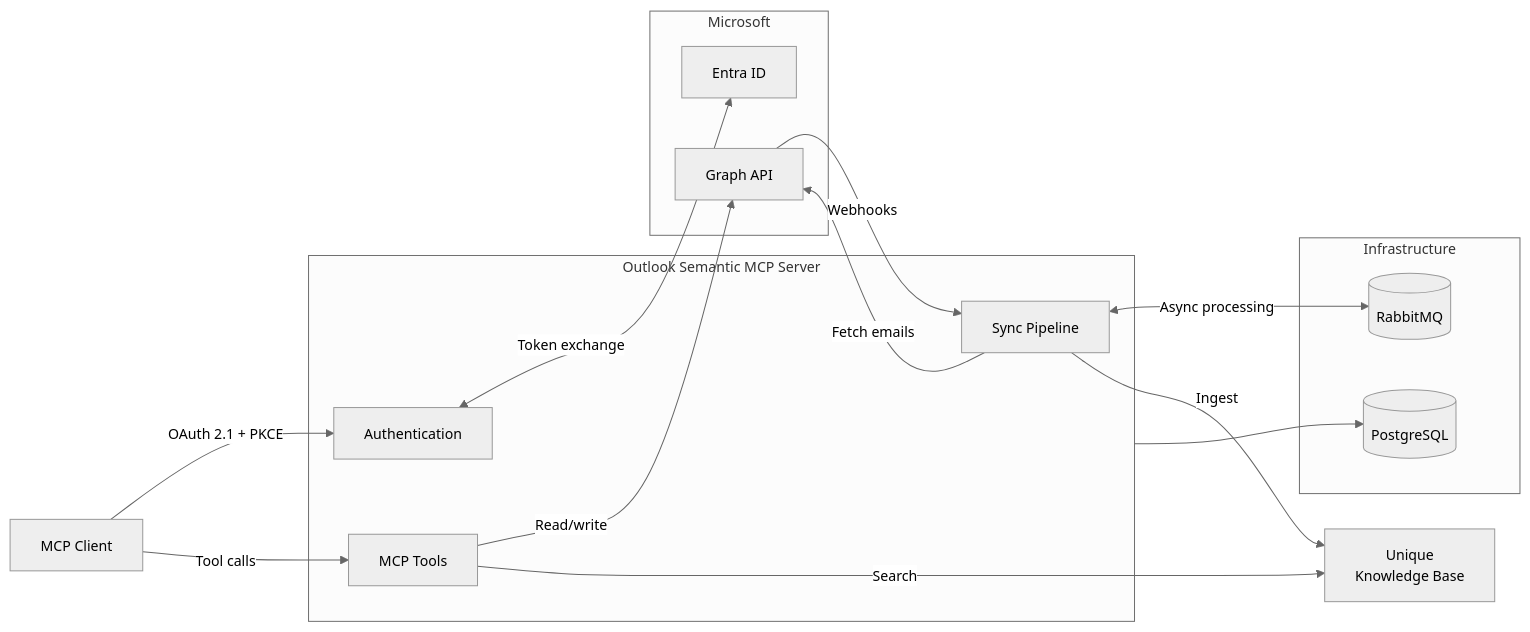
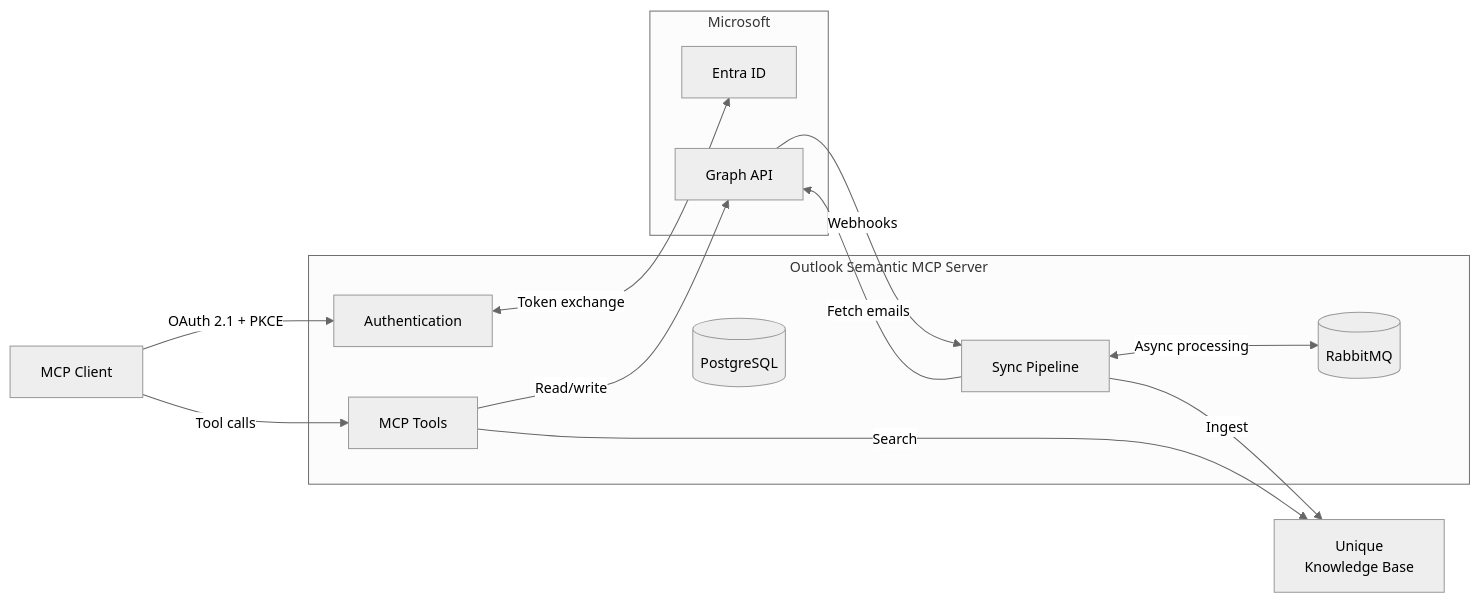
The first of 2 diagrams in services/outlook-semantic-mcp/docs/technical/architecture.md (Unique-AG/connectors), drawn with Mermaid before and after one commit.

````diff
--- a/services/outlook-semantic-mcp/docs/technical/architecture.md
+++ b/services/outlook-semantic-mcp/docs/technical/architecture.md
@@ -10,38 +10,35 @@
 ```mermaid
 %%{init: {'theme': 'neutral', 'themeVariables': { 'fontSize': '14px' }}}%%
 flowchart LR
     MCPClient["MCP Client"]
 
     subgraph OutlookMCP["Outlook Semantic MCP Server"]
         AuthLayer["Authentication"]
         McpTools["MCP Tools"]
         SyncPipeline["Sync Pipeline"]
+        DB[("PostgreSQL")]
+        MQ[("RabbitMQ")]
     end
 
     subgraph Microsoft["Microsoft"]
         EntraID["Entra ID"]
         MSGraph["Graph API"]
-    end
-
-    subgraph Infra["Infrastructure"]
-        DB[("PostgreSQL")]
-        MQ[("RabbitMQ")]
     end
 
     UniqueKB["Unique\nKnowledge Base"]
 
     MCPClient -->|"OAuth 2.1 + PKCE"| AuthLayer
     MCPClient -->|"Tool calls"| McpTools
 
     AuthLayer <-->|"Token exchange"| EntraID
 
     McpTools -->|"Read/write"| MSGraph
     McpTools -->|"Search"| UniqueKB
 
     MSGraph -->|"Webhooks"| SyncPipeline
     SyncPipeline -->|"Fetch emails"| MSGraph
     SyncPipeline <-->|"Async processing"| MQ
     SyncPipeline -->|"Ingest"| UniqueKB
 
     OutlookMCP --> DB
 ```
````
